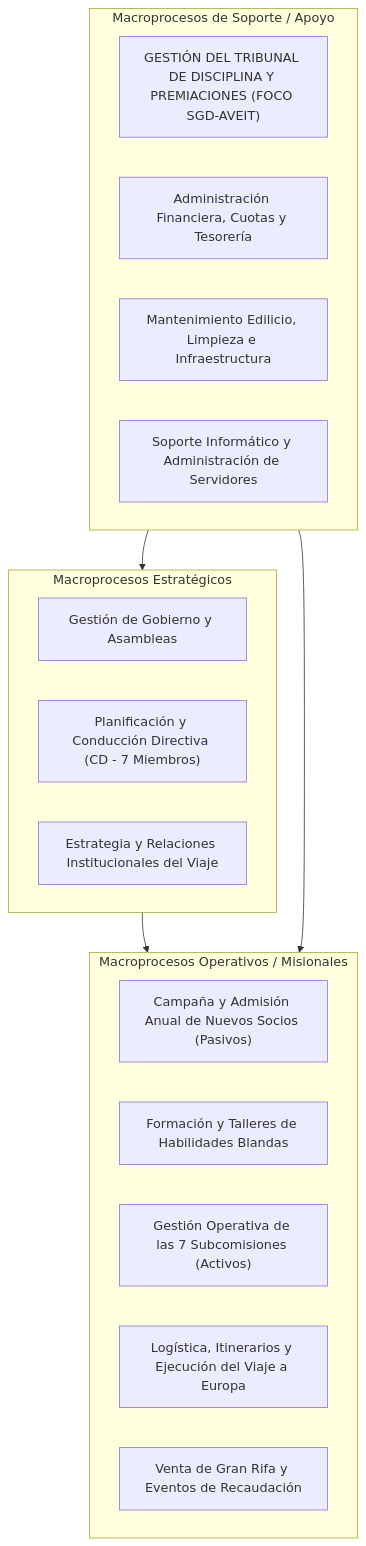
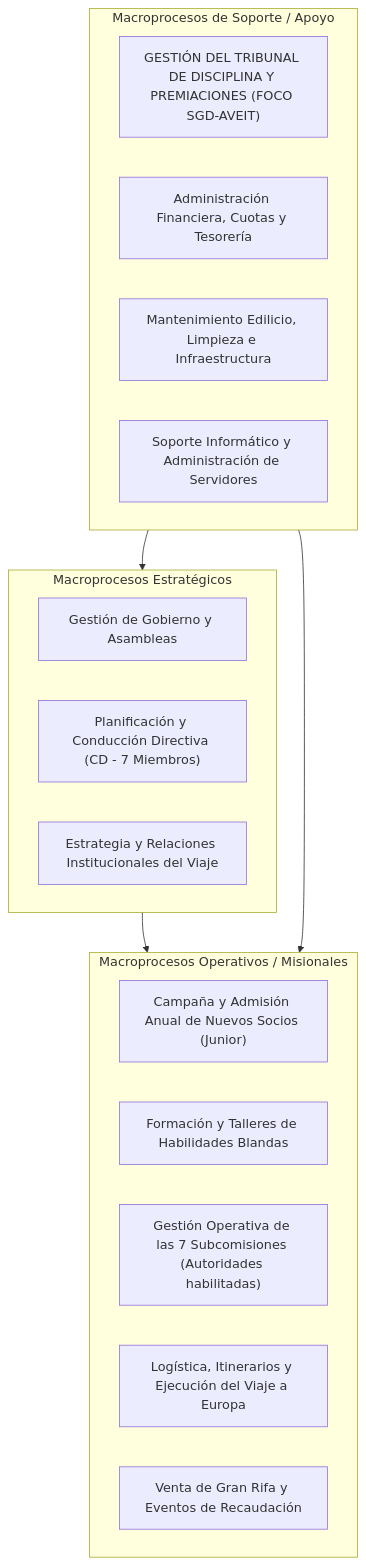
Before and after one commit to MartinG94/seminario-integrador: the diagram in docs/analisis-proceso-actual/TPI_Estudio_Inicial_SGD_AVEIT.md, drawn with Mermaid. The commit also changed other lines of this file and 154 other files, not shown here.

````diff
--- a/docs/analisis-proceso-actual/TPI_Estudio_Inicial_SGD_AVEIT.md
+++ b/docs/analisis-proceso-actual/TPI_Estudio_Inicial_SGD_AVEIT.md
@@ -250,27 +254,27 @@
 ```mermaid
 flowchart TD
     subgraph ESTRATEGICOS["Macroprocesos Estratégicos"]
         E1["Gestión de Gobierno y Asambleas"]
         E2["Planificación y Conducción Directiva (CD - 7 Miembros)"]
         E3["Estrategia y Relaciones Institucionales del Viaje"]
     end
 
     subgraph OPERATIVOS["Macroprocesos Operativos / Misionales"]
-        O1["Campaña y Admisión Anual de Nuevos Socios (Pasivos)"]
+        O1["Campaña y Admisión Anual de Nuevos Socios (Junior)"]
         O2["Formación y Talleres de Habilidades Blandas"]
-        O3["Gestión Operativa de las 7 Subcomisiones (Activos)"]
+        O3["Gestión Operativa de las 7 Subcomisiones (Autoridades habilitadas)"]
         O4["Logística, Itinerarios y Ejecución del Viaje a Europa"]
         O5["Venta de Gran Rifa y Eventos de Recaudación"]
     end
 
     subgraph SOPORTE["Macroprocesos de Soporte / Apoyo"]
         S1["GESTIÓN DEL TRIBUNAL DE DISCIPLINA Y PREMIACIONES (FOCO SGD-AVEIT)"]
         S2["Administración Financiera, Cuotas y Tesorería"]
         S3["Mantenimiento Edilicio, Limpieza e Infraestructura"]
         S4["Soporte Informático y Administración de Servidores"]
     end
 
     ESTRATEGICOS --> OPERATIVOS
     SOPORTE --> OPERATIVOS
     SOPORTE --> ESTRATEGICOS
 ```
````
